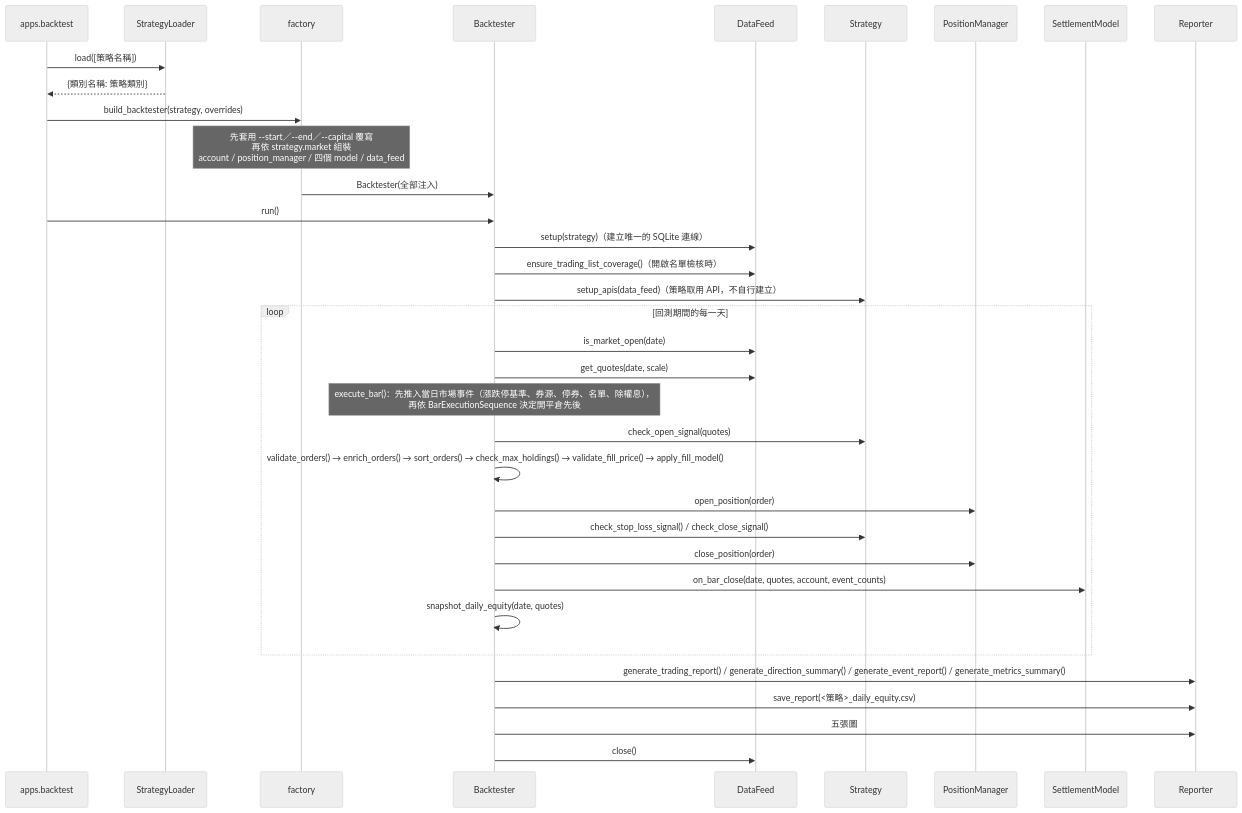
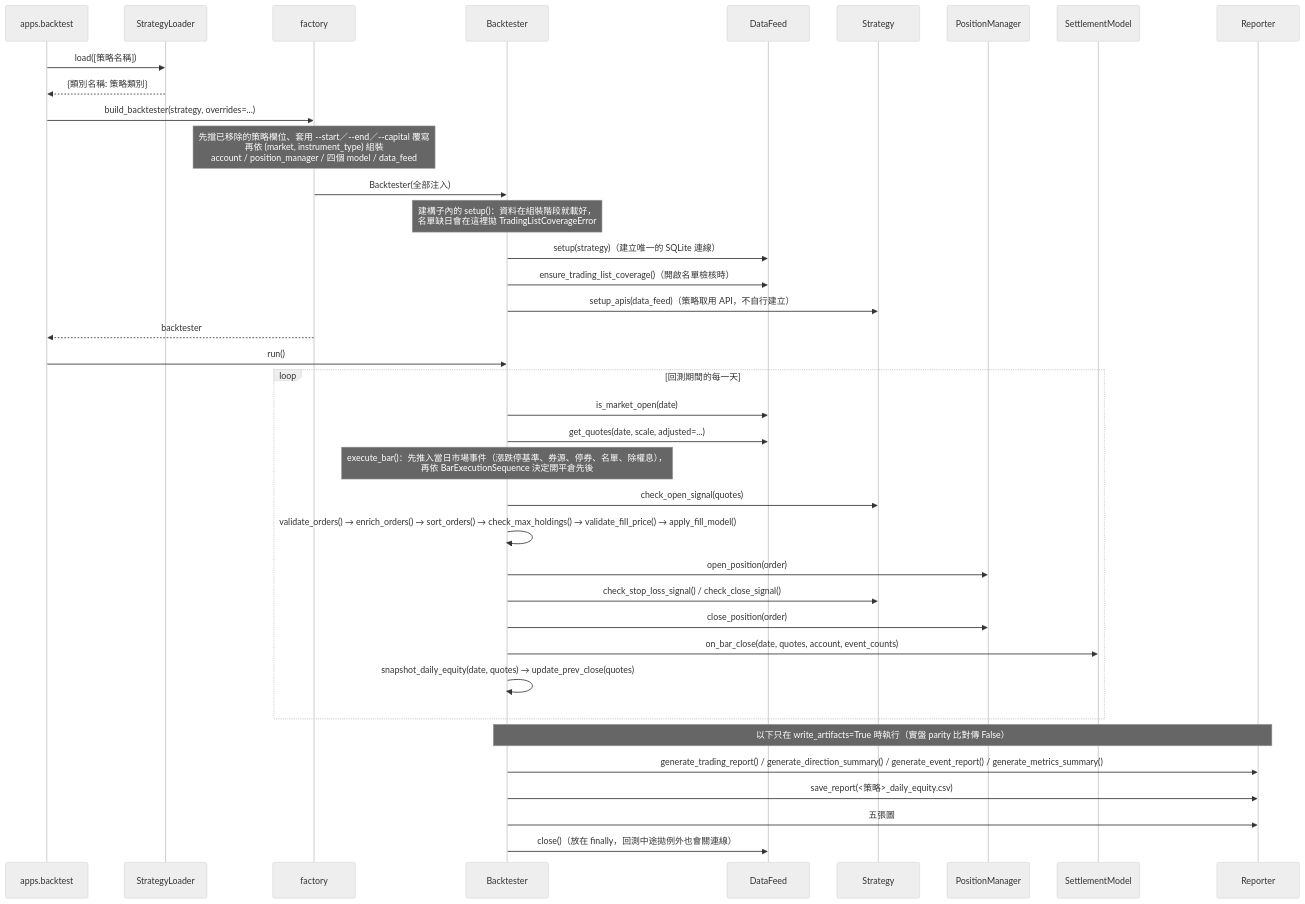
Before and after one commit to NYFund/alphaedge: the diagram in docs/backtest/module-map.md, drawn with Mermaid (neutral theme). The commit also changed other lines of this file and 16 other files, not shown here.

````diff
--- a/docs/backtest/module-map.md
+++ b/docs/backtest/module-map.md
@@ -65,41 +60,44 @@
 ```mermaid
 sequenceDiagram
     participant CLI as apps.backtest
     participant Loader as StrategyLoader
     participant F as factory
     participant BT as Backtester
     participant Feed as DataFeed
     participant S as Strategy
     participant PM as PositionManager
     participant SM as SettlementModel
     participant R as Reporter
 
     CLI->>Loader: load([策略名稱])
     Loader-->>CLI: {類別名稱: 策略類別}
-    CLI->>F: build_backtester(strategy, overrides)
+    CLI->>F: build_backtester(strategy, overrides=...)
 
-    Note over F: 先套用 --start／--end／--capital 覆寫<br/>再依 strategy.market 組裝<br/>account / position_manager / 四個 model / data_feed
+    Note over F: 先擋已移除的策略欄位、套用 --start／--end／--capital 覆寫<br/>再依 (market, instrument_type) 組裝<br/>account / position_manager / 四個 model / data_feed
     F->>BT: Backtester(全部注入)
-    CLI->>BT: run()
+    Note over BT: 建構子內的 setup()：資料在組裝階段就載好，<br/>名單缺日會在這裡拋 TradingListCoverageError
     BT->>Feed: setup(strategy)（建立唯一的 SQLite 連線）
     BT->>Feed: ensure_trading_list_coverage()（開啟名單檢核時）
     BT->>S: setup_apis(data_feed)（策略取用 API，不自行建立）
+    F-->>CLI: backtester
+    CLI->>BT: run()
 
     loop 回測期間的每一天
         BT->>Feed: is_market_open(date)
-        BT->>Feed: get_quotes(date, scale)
+        BT->>Feed: get_quotes(date, scale, adjusted=...)
         Note over BT: execute_bar()：先推入當日市場事件（漲跌停基準、券源、停券、名單、除權息），<br/>再依 BarExecutionSequence 決定開平倉先後
         BT->>S: check_open_signal(quotes)
         BT->>BT: validate_orders() → enrich_orders() → sort_orders() → check_max_holdings() → validate_fill_price() → apply_fill_model()
         BT->>PM: open_position(order)
         BT->>S: check_stop_loss_signal() / check_close_signal()
         BT->>PM: close_position(order)
         BT->>SM: on_bar_close(date, quotes, account, event_counts)
-        BT->>BT: snapshot_daily_equity(date, quotes)
+        BT->>BT: snapshot_daily_equity(date, quotes) → update_prev_close(quotes)
     end
 
+    Note over BT,R: 以下只在 write_artifacts=True 時執行（實盤 parity 比對傳 False）
     BT->>R: generate_trading_report() / generate_direction_summary() / generate_event_report() / generate_metrics_summary()
     BT->>R: save_report(<策略>_daily_equity.csv)
     BT->>R: 五張圖
-    BT->>Feed: close()
+    BT->>Feed: close()（放在 finally，回測中途拋例外也會關連線）
 ```
````
